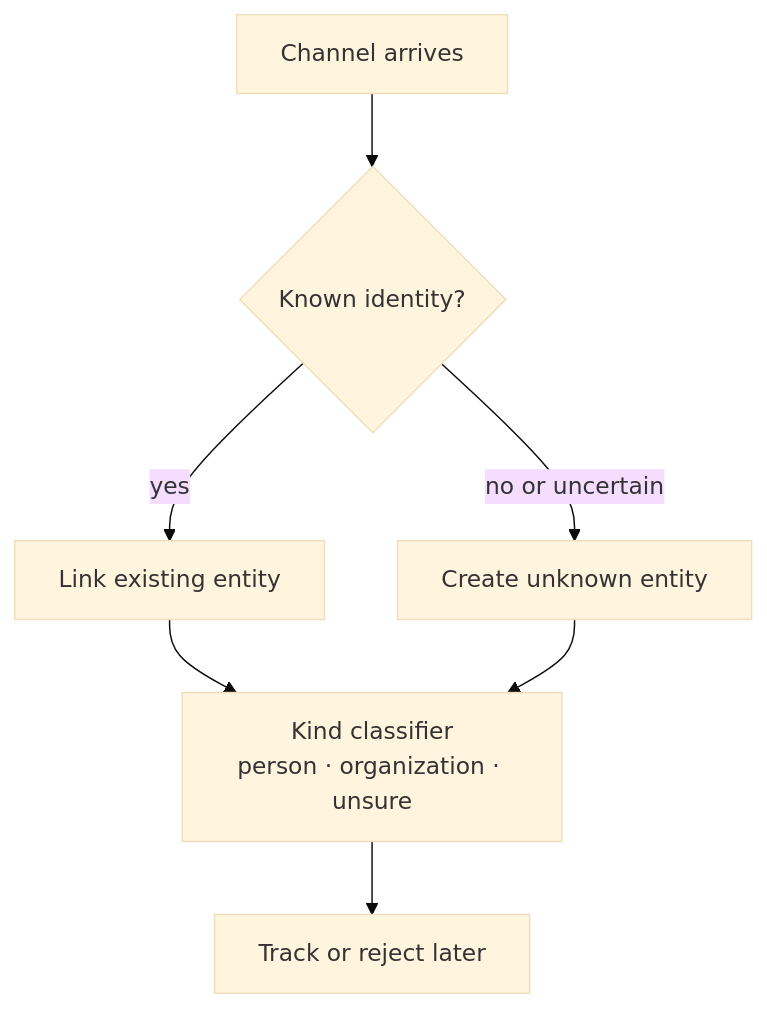
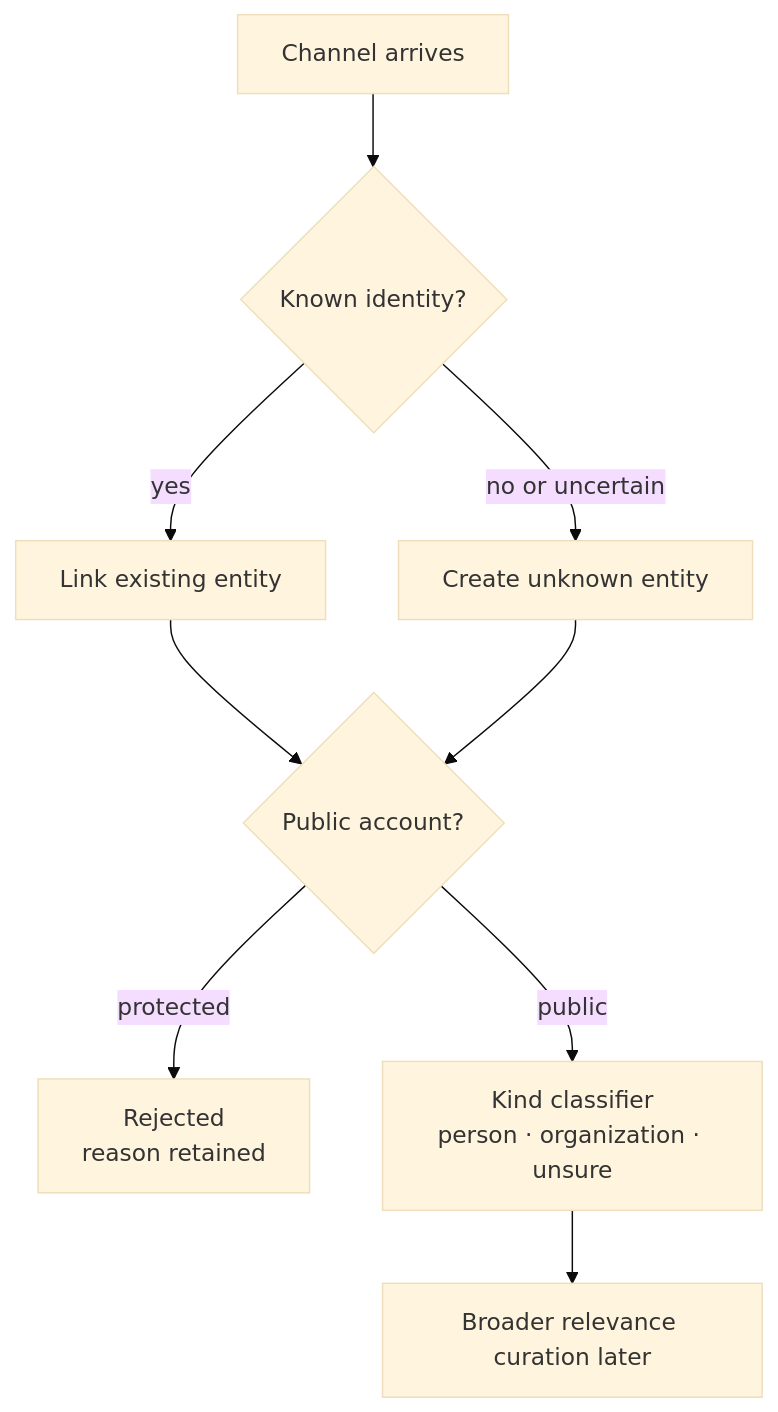
Before and after one commit to AdithyanI/frontier-lab-intelligence: the fourth of 5 diagrams in docs/architecture/overview.md, drawn with Mermaid (base theme). The commit also changed other lines of this file and 21 other files, not shown here.

````diff
--- a/docs/architecture/overview.md
+++ b/docs/architecture/overview.md
@@ -328,16 +341,18 @@
 ```mermaid
 flowchart TD
     C[Channel arrives]
     R{Known identity?}
     E[Link existing entity]
     U[Create unknown entity]
+    P{Public account?}
+    X[Rejected<br/>reason retained]
     K[Kind classifier<br/>person · organization · unsure]
-    D[Track or reject later]
+    D[Broader relevance curation later]
 
     C --> R
-    R -->|yes| E
-    R -->|no or uncertain| U
-    E --> K
-    U --> K
+    R -->|yes| E --> P
+    R -->|no or uncertain| U --> P
+    P -->|protected| X
+    P -->|public| K
     K --> D
 ```
````
